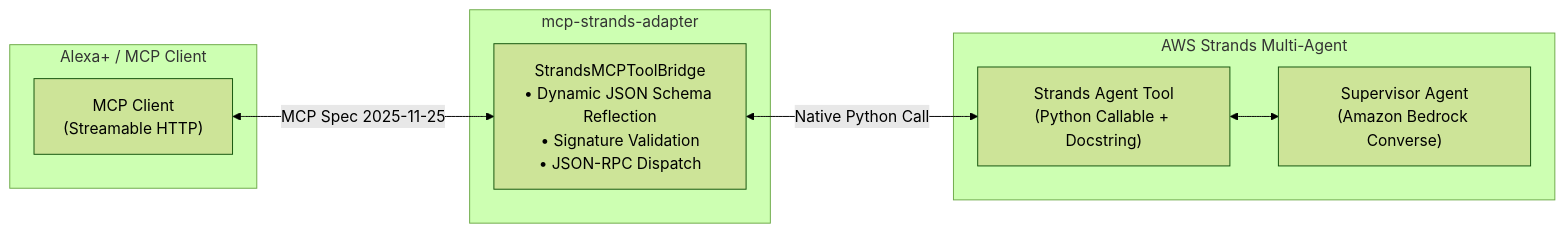
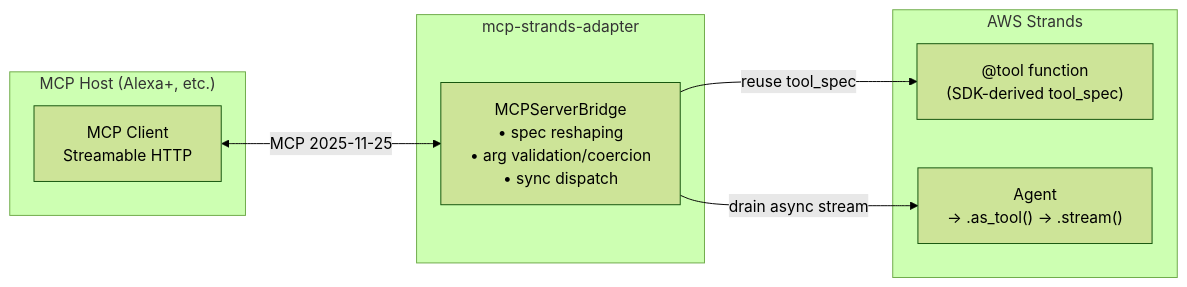
Before and after one commit to krishivjoshi219-collab/Hearth-Universal: the diagram in open-source-contribution/mcp-strands-adapter/README.md, drawn with Mermaid (forest theme). The commit also changed other lines of this file and 13 other files, not shown here.

````diff
--- a/open-source-contribution/mcp-strands-adapter/README.md
+++ b/open-source-contribution/mcp-strands-adapter/README.md
@@ -26,19 +104,19 @@
 ```mermaid
 flowchart LR
-    subgraph AlexaPlus_MCP ["Alexa+ / MCP Client"]
-        MCPClient["MCP Client\n(Streamable HTTP)"]
+    subgraph Host["MCP Host (Alexa+, etc.)"]
+        Client["MCP Client\nStreamable HTTP"]
     end
 
-    subgraph Adapter ["mcp-strands-adapter"]
-        Bridge["StrandsMCPToolBridge\n• Dynamic JSON Schema Reflection\n• Signature Validation\n• JSON-RPC Dispatch"]
+    subgraph Bridge["mcp-strands-adapter"]
+        B["MCPServerBridge\n• spec reshaping\n• arg validation/coercion\n• sync dispatch"]
     end
 
-    subgraph AWS_Strands ["AWS Strands Multi-Agent"]
-        StrandsTool["Strands Agent Tool\n(Python Callable + Docstring)"]
-        Supervisor["Supervisor Agent\n(Amazon Bedrock Converse)"]
+    subgraph Strands["AWS Strands"]
+        T["@tool function\n(SDK-derived tool_spec)"]
+        A["Agent\n→ .as_tool() → .stream()"]
     end
 
-    MCPClient <-->|MCP Spec 2025-11-25| Bridge
-    Bridge <-->|Native Python Call| StrandsTool
-    StrandsTool <--> Supervisor
+    Client <-->|MCP 2025-11-25| B
+    B -->|reuse tool_spec| T
+    B -->|drain async stream| A
 ```
````
